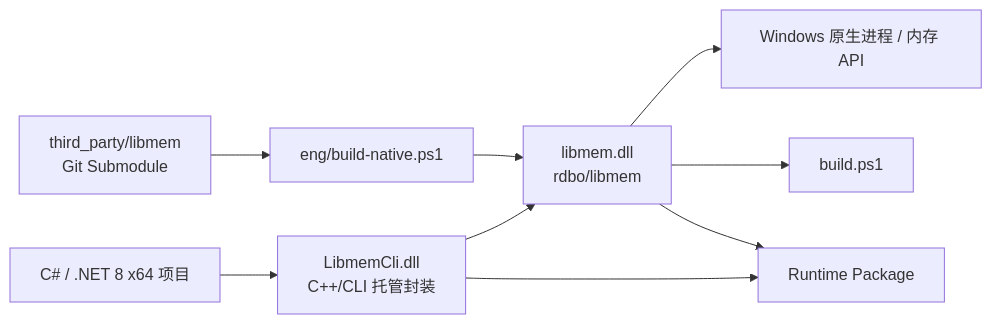
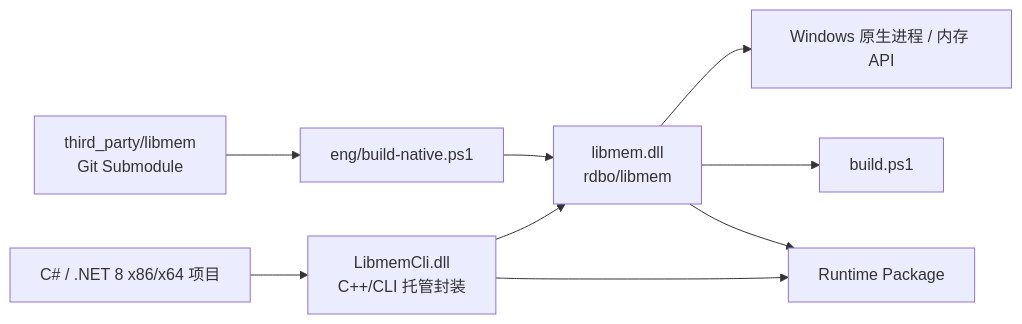
Before and after one commit to CardResearchLab/Libmem.NET: the diagram in README.md, drawn with Mermaid. The commit also changed other lines of this file, not shown here.

````diff
--- a/README.md
+++ b/README.md
@@ -25,12 +25,12 @@
 ```mermaid
 flowchart LR
-    App["C# / .NET 8 x64 项目"] --> Cli["LibmemCli.dll<br/>C++/CLI 托管封装"]
+    App["C# / .NET 8 x86/x64 项目"] --> Cli["LibmemCli.dll<br/>C++/CLI 托管封装"]
     Cli --> Native["libmem.dll<br/>rdbo/libmem"]
     Native --> Win["Windows 原生进程 / 内存 API"]
 
     Submodule["third_party/libmem<br/>Git Submodule"] --> NativeBuild["eng/build-native.ps1"]
     NativeBuild --> Native
     Native --> Build["build.ps1"]
     Cli --> Package["Runtime Package"]
     Native --> Package
 ```
````
